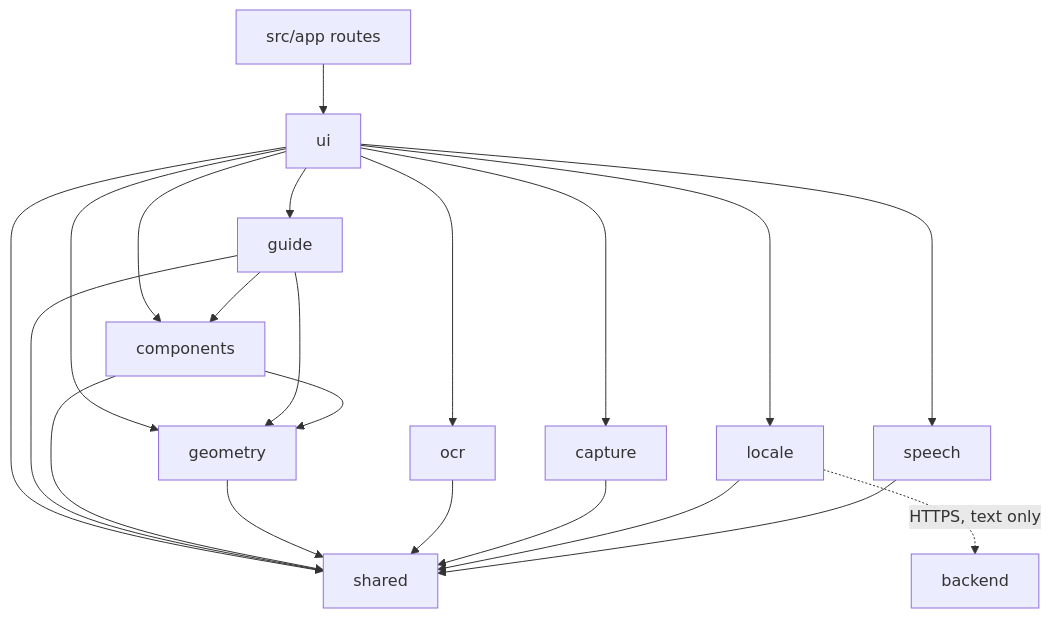
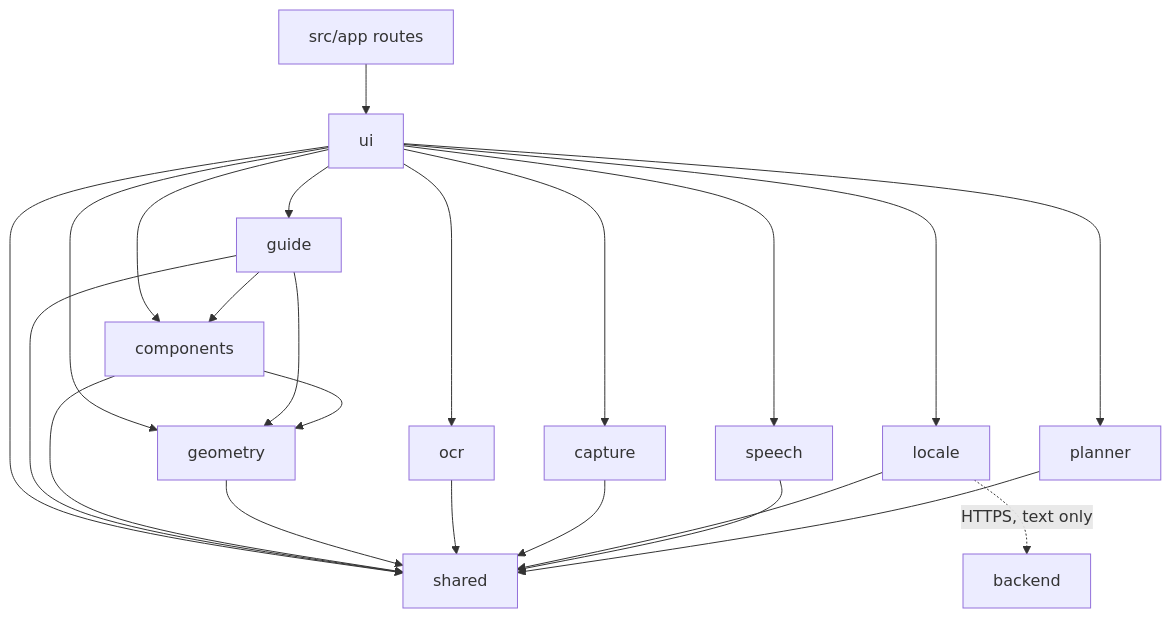
Before and after one commit to akash012-ctrl/overlaykit: the diagram in docs/ARCHITECTURE.md, drawn with Mermaid. The commit also changed other lines of this file and 8 other files, not shown here.

Commit message:
docs: gate G5, planner architecture, DT-G5 rows, README and release docs (spec 05 17.1-17.4, spec 04 10, 12.1-12.3)

````diff
--- a/docs/ARCHITECTURE.md
+++ b/docs/ARCHITECTURE.md
@@ -79,23 +87,25 @@
 ```mermaid
 graph TD
   app[src/app routes] --> ui
   ui --> guide
   ui --> components
   ui --> locale
   ui --> speech
+  ui --> planner
   ui --> ocr
   ui --> capture
   ui --> geometry
   ui --> shared
   guide --> components
   guide --> geometry
   guide --> shared
   components --> geometry
   components --> shared
   geometry --> shared
   ocr --> shared
   capture --> shared
   locale --> shared
   speech --> shared
+  planner --> shared
   locale -. HTTPS, text only .-> backend
 ```
````
